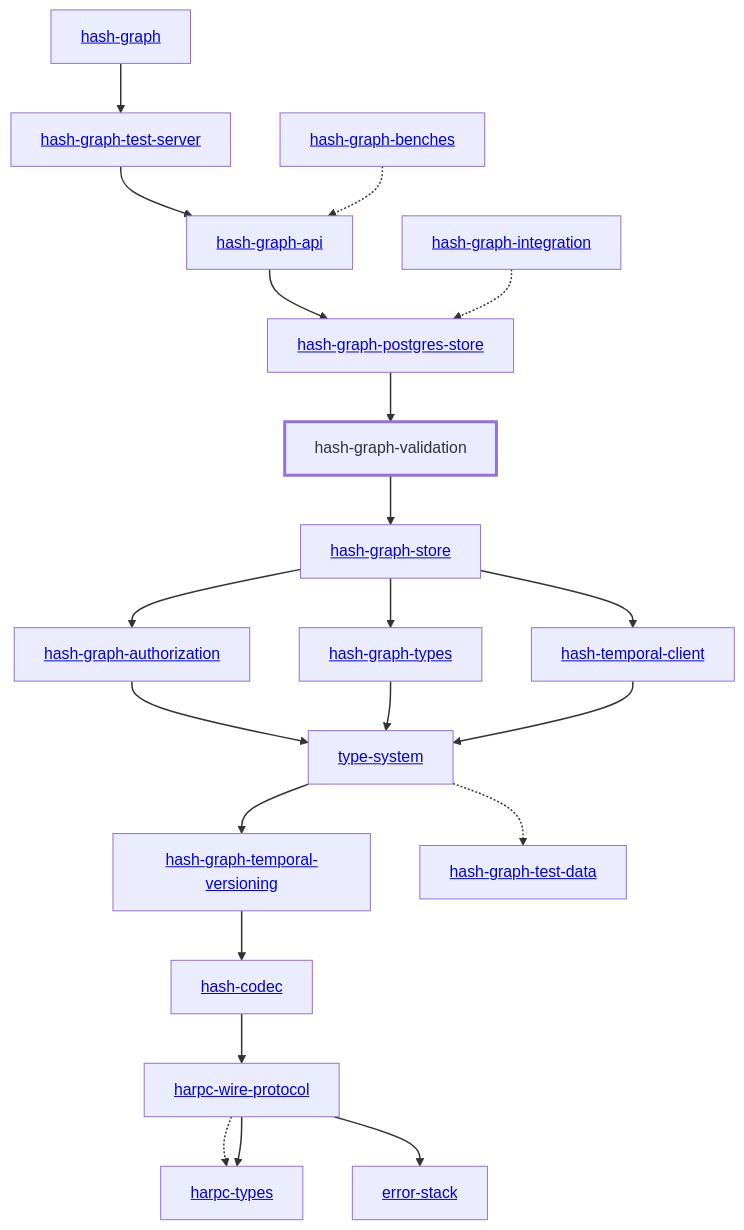
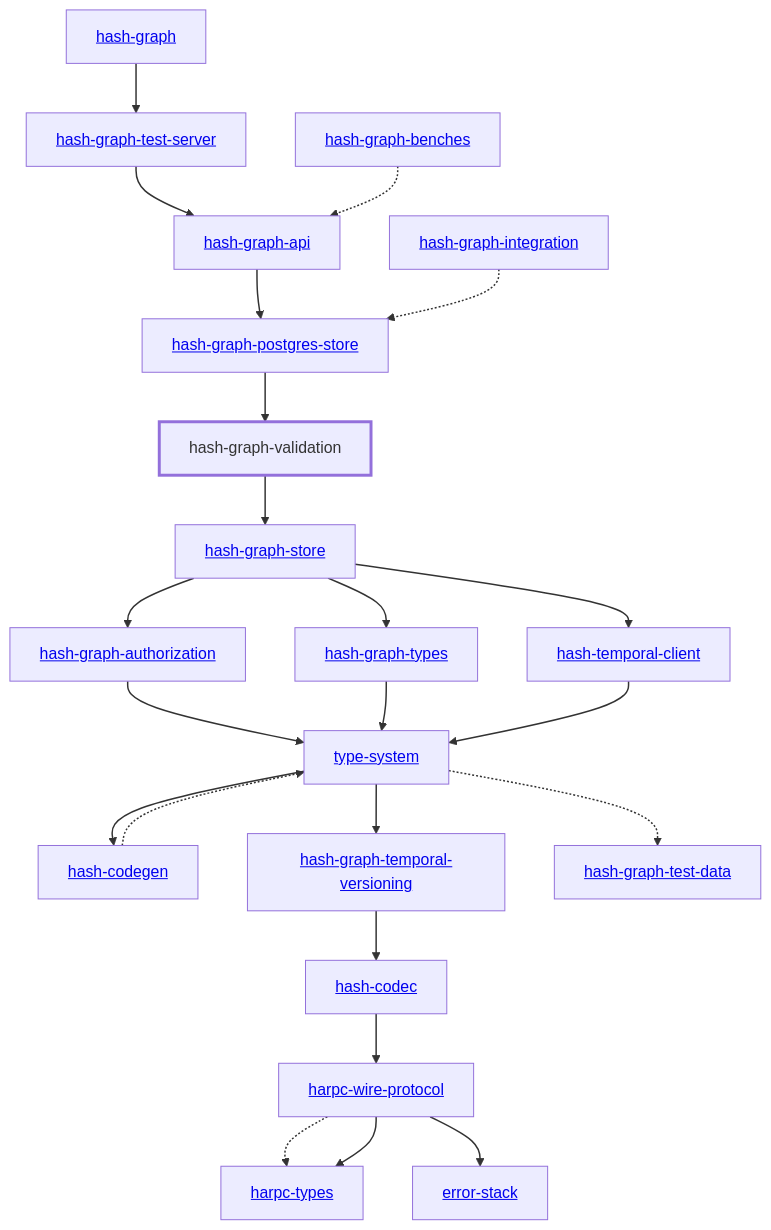
The diagram in libs/@local/graph/validation/docs/dependency-diagram.mmd (hashintel/hash), drawn with Mermaid before and after one commit. The commit also changed 30 other files, not shown here.

```diff
--- a/libs/@local/graph/validation/docs/dependency-diagram.mmd
+++ b/libs/@local/graph/validation/docs/dependency-diagram.mmd
@@ -1,49 +1,52 @@
 graph TD
     linkStyle default stroke-width:1.5px
     classDef default stroke-width:1px
     classDef root stroke-width:3px
     classDef dev stroke-width:1px
     classDef build stroke-width:1px
     %% Legend
     %% --> : Normal dependency
     %% -.-> : Dev dependency
     %% ---> : Build dependency
     0[<a href="../hash_graph">hash-graph</a>]
     1[<a href="../type_system">type-system</a>]
     2[<a href="../hash_codec">hash-codec</a>]
-    3[<a href="../hash_graph_api">hash-graph-api</a>]
-    4[<a href="../hash_graph_authorization">hash-graph-authorization</a>]
-    5[<a href="../hash_graph_postgres_store">hash-graph-postgres-store</a>]
-    6[<a href="../hash_graph_store">hash-graph-store</a>]
-    7[<a href="../hash_graph_temporal_versioning">hash-graph-temporal-versioning</a>]
-    8[<a href="../hash_graph_test_server">hash-graph-test-server</a>]
-    9[<a href="../hash_graph_types">hash-graph-types</a>]
-    10[hash-graph-validation]
-    class 10 root
-    11[<a href="../harpc_types">harpc-types</a>]
-    12[<a href="../harpc_wire_protocol">harpc-wire-protocol</a>]
-    13[<a href="../hash_temporal_client">hash-temporal-client</a>]
-    14[<a href="../error_stack">error-stack</a>]
-    15[<a href="../hash_graph_benches">hash-graph-benches</a>]
-    16[<a href="../hash_graph_integration">hash-graph-integration</a>]
-    17[<a href="../hash_graph_test_data">hash-graph-test-data</a>]
-    0 --> 8
-    1 --> 7
-    1 -.-> 17
-    2 --> 12
-    3 --> 5
-    4 --> 1
-    5 --> 10
-    6 --> 4
-    6 --> 9
-    6 --> 13
-    7 --> 2
-    8 --> 3
-    9 --> 1
-    10 --> 6
-    12 -.-> 11
-    12 --> 11
-    12 --> 14
-    13 --> 1
-    15 -.-> 3
-    16 -.-> 5
+    3[<a href="../hash_codegen">hash-codegen</a>]
+    4[<a href="../hash_graph_api">hash-graph-api</a>]
+    5[<a href="../hash_graph_authorization">hash-graph-authorization</a>]
+    6[<a href="../hash_graph_postgres_store">hash-graph-postgres-store</a>]
+    7[<a href="../hash_graph_store">hash-graph-store</a>]
+    8[<a href="../hash_graph_temporal_versioning">hash-graph-temporal-versioning</a>]
+    9[<a href="../hash_graph_test_server">hash-graph-test-server</a>]
+    10[<a href="../hash_graph_types">hash-graph-types</a>]
+    11[hash-graph-validation]
+    class 11 root
+    12[<a href="../harpc_types">harpc-types</a>]
+    13[<a href="../harpc_wire_protocol">harpc-wire-protocol</a>]
+    14[<a href="../hash_temporal_client">hash-temporal-client</a>]
+    15[<a href="../error_stack">error-stack</a>]
+    16[<a href="../hash_graph_benches">hash-graph-benches</a>]
+    17[<a href="../hash_graph_integration">hash-graph-integration</a>]
+    18[<a href="../hash_graph_test_data">hash-graph-test-data</a>]
+    0 --> 9
+    1 --> 3
+    1 --> 8
+    1 -.-> 18
+    2 --> 13
+    3 -.-> 1
+    4 --> 6
+    5 --> 1
+    6 --> 11
+    7 --> 5
+    7 --> 10
+    7 --> 14
+    8 --> 2
+    9 --> 4
+    10 --> 1
+    11 --> 7
+    13 -.-> 12
+    13 --> 12
+    13 --> 15
+    14 --> 1
+    16 -.-> 4
+    17 -.-> 6
```
